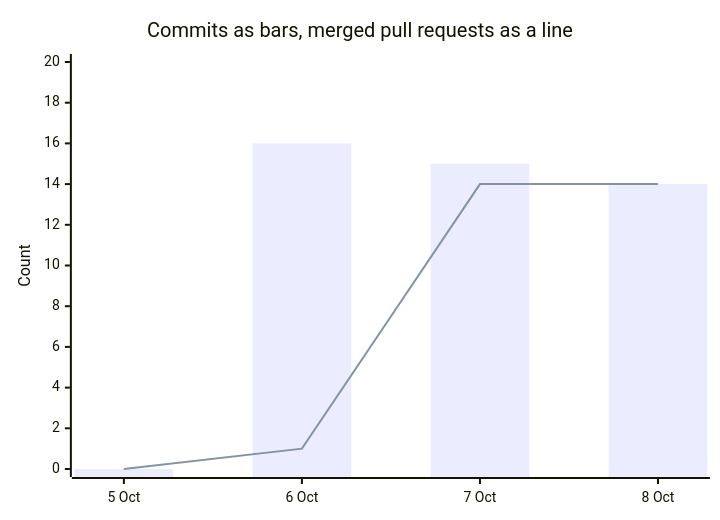
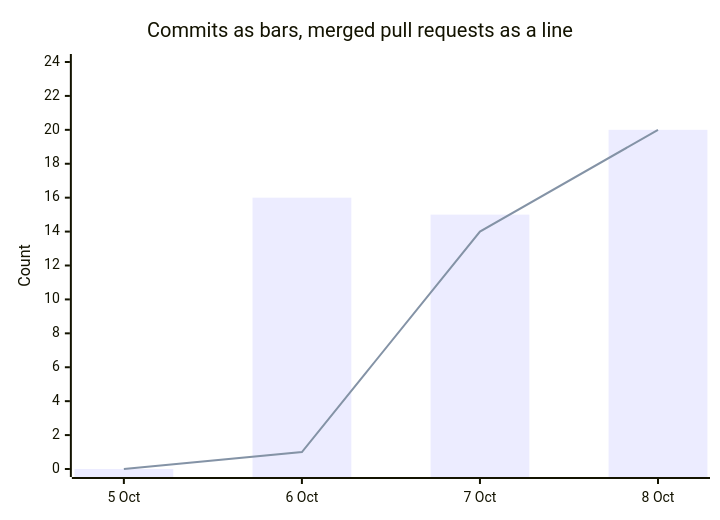
Before and after one commit to p10ns11y/proposales-planner-bench: the diagram in notes/worklog.md, drawn with Mermaid. The commit also changed other lines of this file and 19 other files, not shown here.

````diff
--- a/notes/worklog.md
+++ b/notes/worklog.md
@@ -5,8 +5,8 @@
 ```mermaid
 xychart-beta
   title "Commits as bars, merged pull requests as a line"
   x-axis ["5 Oct", "6 Oct", "7 Oct", "8 Oct"]
-  y-axis "Count" 0 --> 20
-  bar [0, 16, 15, 14]
-  line [0, 1, 14, 14]
+  y-axis "Count" 0 --> 24
+  bar [0, 16, 15, 20]
+  line [0, 1, 14, 20]
 ```
````
